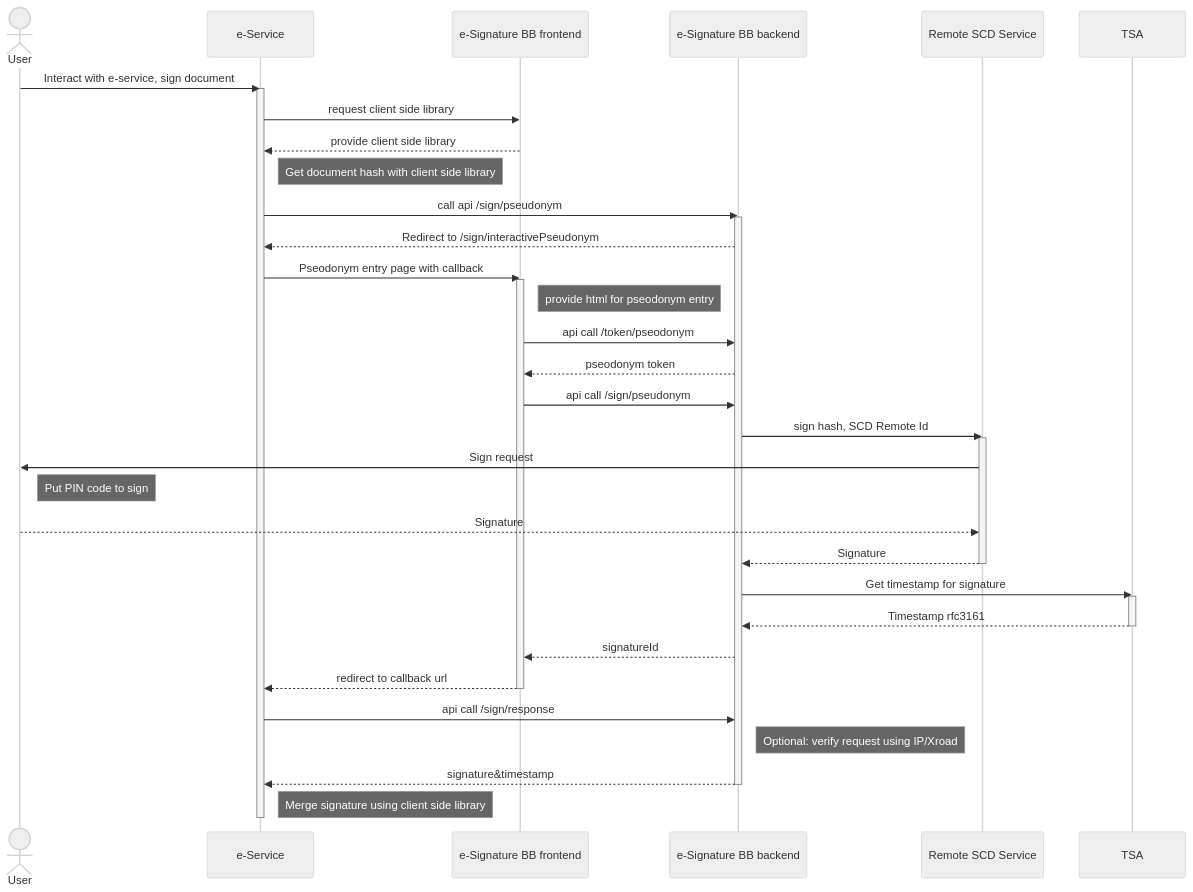
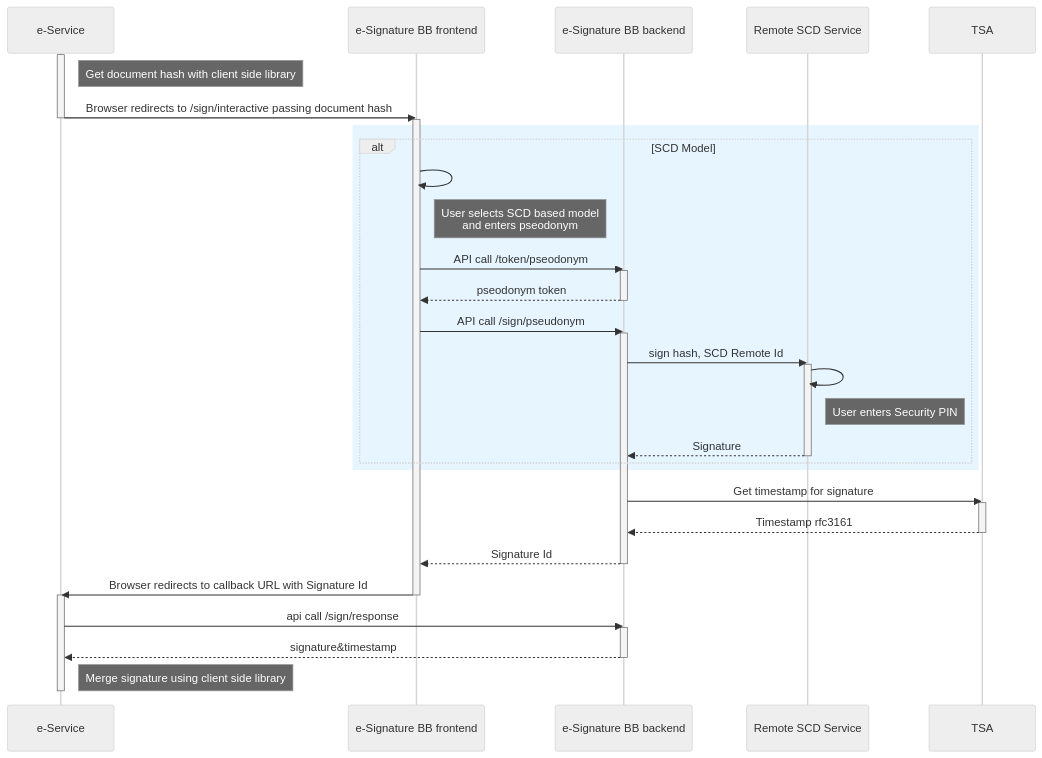
One commit to GovStackWorkingGroup/bb-esignature changed the third of 3 diagrams in spec/9-workflows.md. Above: the diagram before and after it, drawn with Mermaid (neutral theme). The commit also changed other lines of this file, not shown here.

````diff
--- a/spec/9-workflows.md
+++ b/spec/9-workflows.md
@@ -125,38 +160,46 @@
 ```mermaid
 sequenceDiagram
-    actor User
-    User->>e-Service: Interact with e-service, sign document
+    participant e-Service
+    participant e-Signature BB frontend
+    participant e-Signature BB backend
+    participant Remote SCD Service
+    participant TSA
     activate e-Service
-    e-Service->>e-Signature BB frontend: request client side library
-    e-Signature BB frontend-->>e-Service: provide client side library
     Note right of e-Service: Get document hash with client side library
-    e-Service->>e-Signature BB backend: call api /sign/pseudonym
-    activate e-Signature BB backend
-    e-Signature BB backend-->>e-Service: Redirect to /sign/interactivePseudonym
-    e-Service->>e-Signature BB frontend: Pseodonym entry page with callback
+    e-Service->>e-Signature BB frontend: Browser redirects to /sign/interactive passing document hash
+    deactivate e-Service
     activate e-Signature BB frontend
-    Note right of e-Signature BB frontend: provide html for pseodonym entry
-    e-Signature BB frontend->>e-Signature BB backend: api call /token/pseodonym
-    e-Signature BB backend-->>e-Signature BB frontend: pseodonym token
-    e-Signature BB frontend->>e-Signature BB backend: api call /sign/pseudonym
-    e-Signature BB backend->>Remote SCD Service: sign hash, SCD Remote Id
-    activate Remote SCD Service
-    Remote SCD Service->>User: Sign request
-    Note right of User: Put PIN code to sign
-    User-->>Remote SCD Service: Signature
-    Remote SCD Service-->>e-Signature BB backend: Signature
-    deactivate Remote SCD Service
+    rect rgb(230, 245, 255)
+    alt SCD Model
+        e-Signature BB frontend->>e-Signature BB frontend: 
+        Note right of e-Signature BB frontend: User selects SCD based model <br> and enters pseodonym
+        e-Signature BB frontend->>e-Signature BB backend: API call /token/pseodonym
+        activate e-Signature BB backend
+        e-Signature BB backend-->>e-Signature BB frontend: pseodonym token
+        deactivate e-Signature BB backend
+        e-Signature BB frontend->>e-Signature BB backend: API call /sign/pseudonym
+        activate e-Signature BB backend
+        e-Signature BB backend->>Remote SCD Service: sign hash, SCD Remote Id
+        activate Remote SCD Service
+        Remote SCD Service->>Remote SCD Service: 
+        Note right of Remote SCD Service: User enters Security PIN
+        Remote SCD Service-->>e-Signature BB backend: Signature
+        deactivate Remote SCD Service
+    end
+    end
     e-Signature BB backend->>TSA: Get timestamp for signature
     activate TSA
     TSA-->>e-Signature BB backend: Timestamp rfc3161
     deactivate TSA
-    e-Signature BB backend-->>e-Signature BB frontend:signatureId
-    e-Signature BB frontend-->>e-Service: redirect to callback url
+    e-Signature BB backend-->>e-Signature BB frontend: Signature Id
+    deactivate e-Signature BB backend
+    e-Signature BB frontend->>e-Service: Browser redirects to callback URL with Signature Id
     deactivate e-Signature BB frontend
+    activate e-Service
     e-Service->>e-Signature BB backend: api call /sign/response
-    Note right of e-Signature BB backend: Optional: verify request using IP/Xroad
+    activate e-Signature BB backend
     e-Signature BB backend-->>e-Service: signature&timestamp
     deactivate e-Signature BB backend
     Note right of e-Service: Merge signature using client side library
     deactivate e-Service
 ```
````
